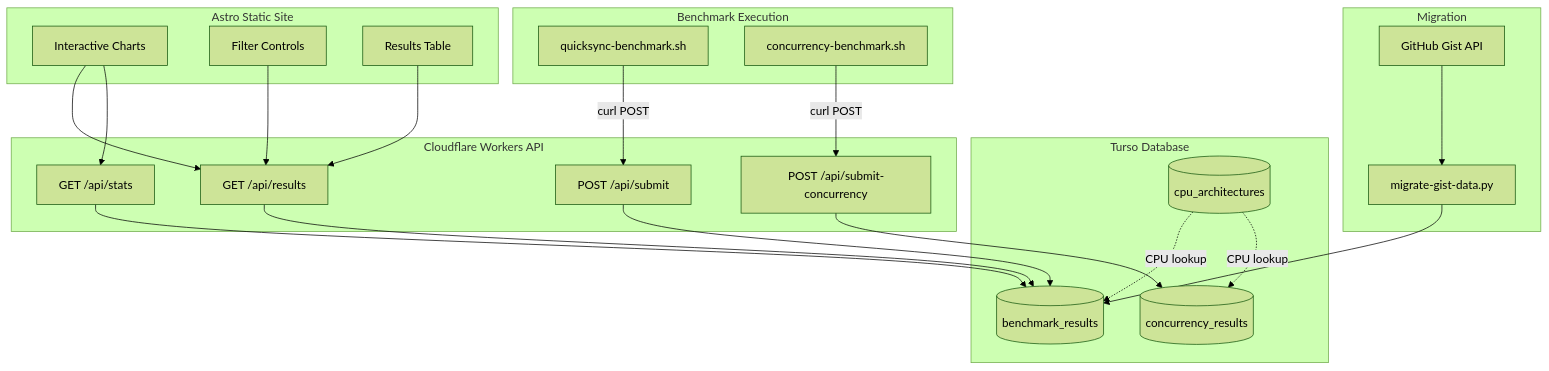
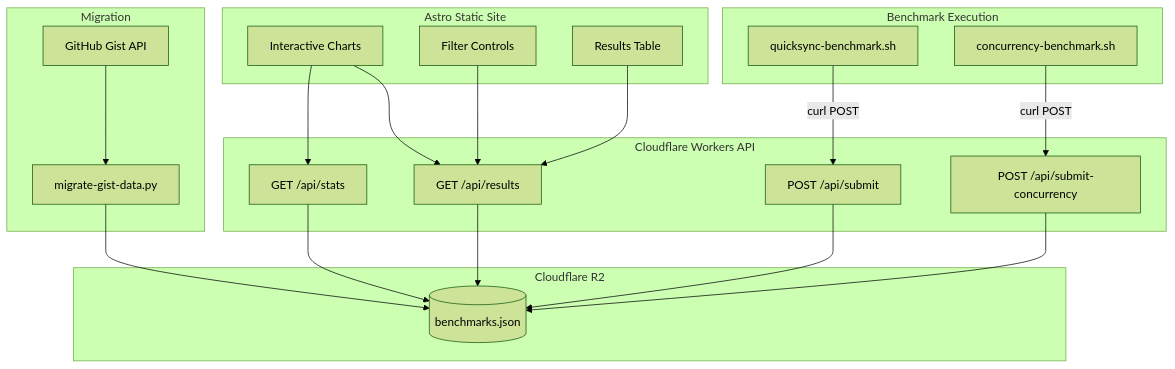
The second of 7 diagrams in CLAUDE.md (ironicbadger/quicksync_calc), drawn with Mermaid (forest theme) before and after one commit. The commit also changed other lines of this file and 36 other files, not shown here.

Commit message:
Benchmark Suite v2: Concurrency testing, CPU generation pages, and enhanced scoring (#41)

````diff
--- a/CLAUDE.md
+++ b/CLAUDE.md
@@ -66,48 +47,43 @@
 ```mermaid
 flowchart TB
     subgraph Benchmark["Benchmark Execution"]
         A[quicksync-benchmark.sh]
         B[concurrency-benchmark.sh]
     end
 
     subgraph API["Cloudflare Workers API"]
         C[POST /api/submit]
         D[POST /api/submit-concurrency]
         E[GET /api/results]
         F[GET /api/stats]
     end
 
-    subgraph Database["Turso Database"]
-        G[(benchmark_results)]
-        H[(concurrency_results)]
-        I[(cpu_architectures)]
+    subgraph Storage["Cloudflare R2"]
+        G[(benchmarks.json)]
     end
 
     subgraph Website["Astro Static Site"]
         J[Interactive Charts]
         K[Filter Controls]
         L[Results Table]
     end
 
     subgraph Migration
         M[migrate-gist-data.py]
         N[GitHub Gist API]
     end
 
     A -->|curl POST| C
     B -->|curl POST| D
     C --> G
-    D --> H
+    D --> G
     E --> G
     F --> G
 
     J --> E
     J --> F
     K --> E
     L --> E
 
     N --> M --> G
-
-    I -.->|CPU lookup| G
-    I -.->|CPU lookup| H
 ```
````
